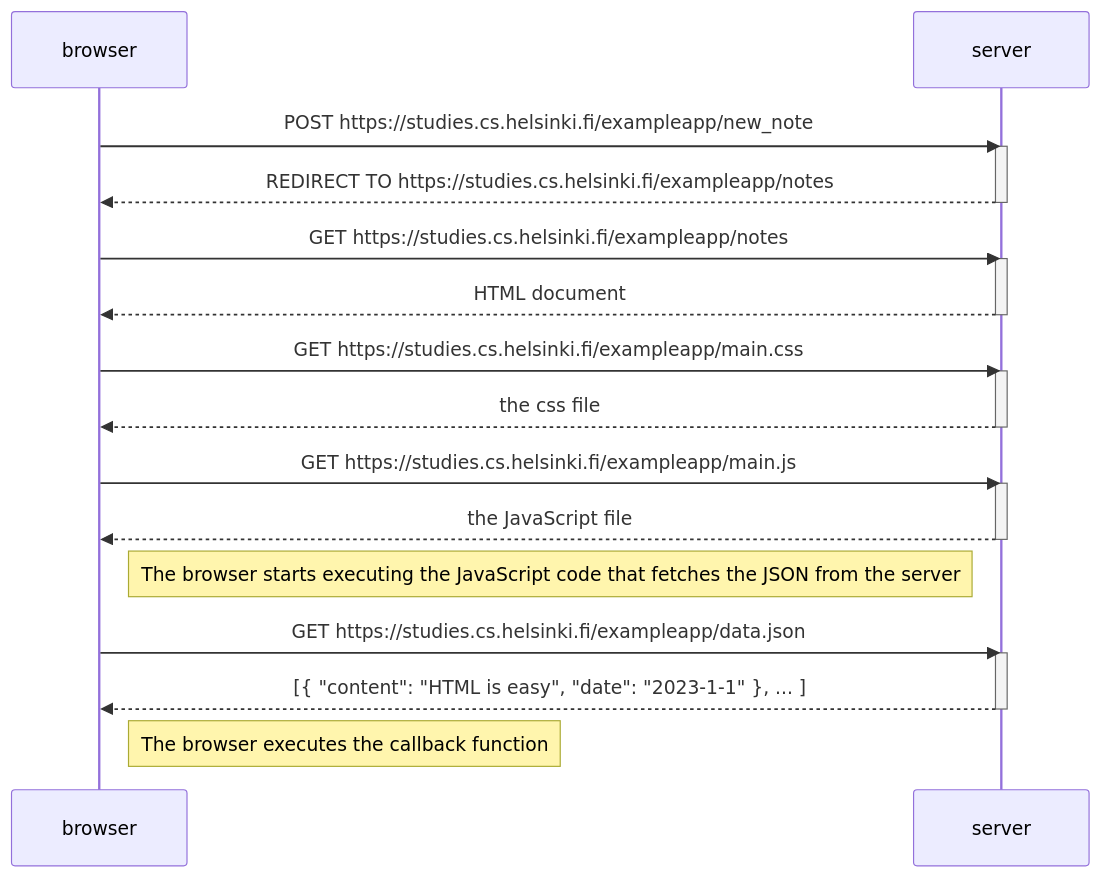
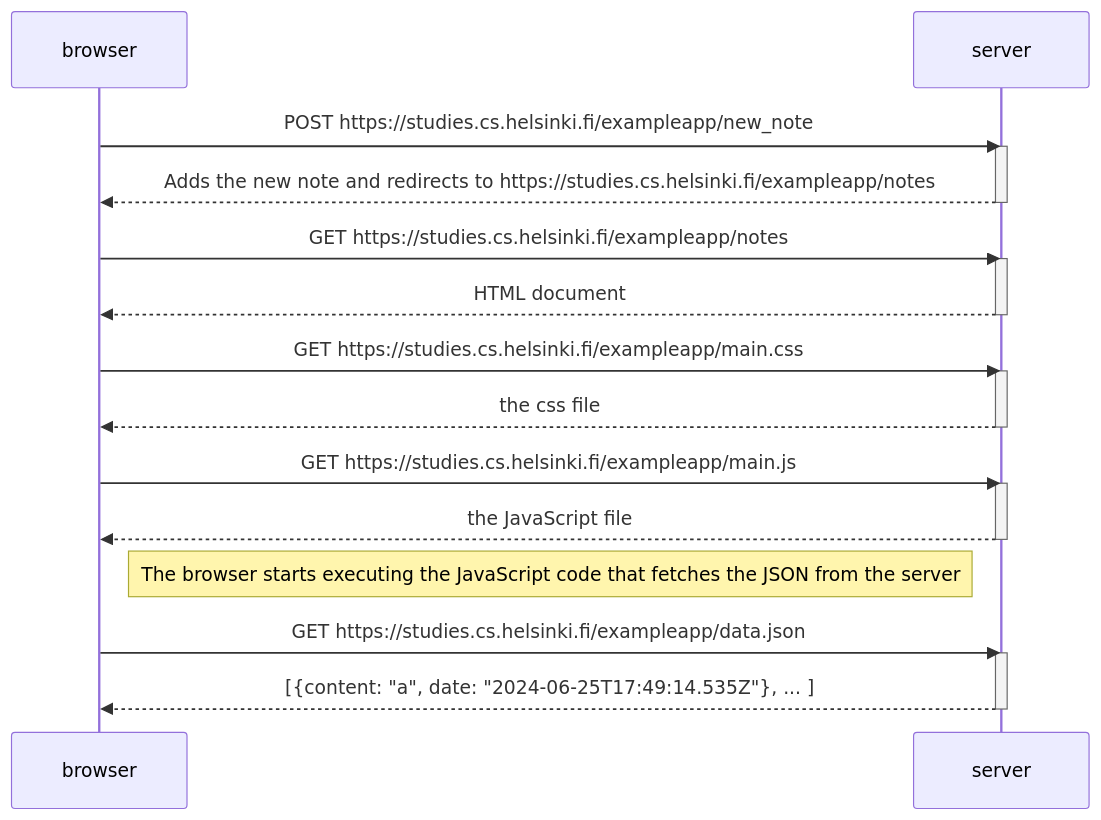
One commit to SamirPomak/full-stack-open-course changed the diagram in part0/0.4/new-note-diagram.md. Above: the diagram before and after it, drawn with Mermaid.

````diff
--- a/part0/0.4/new-note-diagram.md
+++ b/part0/0.4/new-note-diagram.md
@@ -1,33 +1,31 @@
 ```mermaid
 sequenceDiagram
     participant browser
     participant server
 
     browser->>server: POST https://studies.cs.helsinki.fi/exampleapp/new_note
     activate server
-    server-->>browser: REDIRECT TO https://studies.cs.helsinki.fi/exampleapp/notes
+    server-->>browser: Adds the new note and redirects to https://studies.cs.helsinki.fi/exampleapp/notes
     deactivate server
 
     browser->>server: GET https://studies.cs.helsinki.fi/exampleapp/notes
     activate server
     server-->>browser: HTML document
     deactivate server
     browser->>server: GET https://studies.cs.helsinki.fi/exampleapp/main.css
     activate server
     server-->>browser: the css file
     deactivate server
 
     browser->>server: GET https://studies.cs.helsinki.fi/exampleapp/main.js
     activate server
     server-->>browser: the JavaScript file
     deactivate server
 
     Note right of browser: The browser starts executing the JavaScript code that fetches the JSON from the server
 
     browser->>server: GET https://studies.cs.helsinki.fi/exampleapp/data.json
     activate server
-    server-->>browser: [{ "content": "HTML is easy", "date": "2023-1-1" }, ... ]
+    server-->>browser: [{content: "a", date: "2024-06-25T17:49:14.535Z"}, ... ]
     deactivate server
-
-    Note right of browser: The browser executes the callback function
 ```
````
